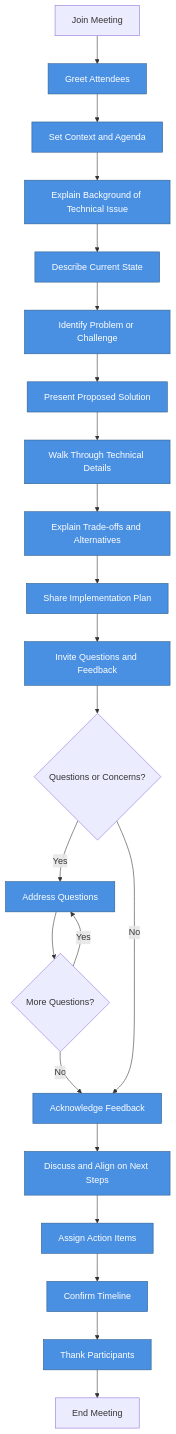
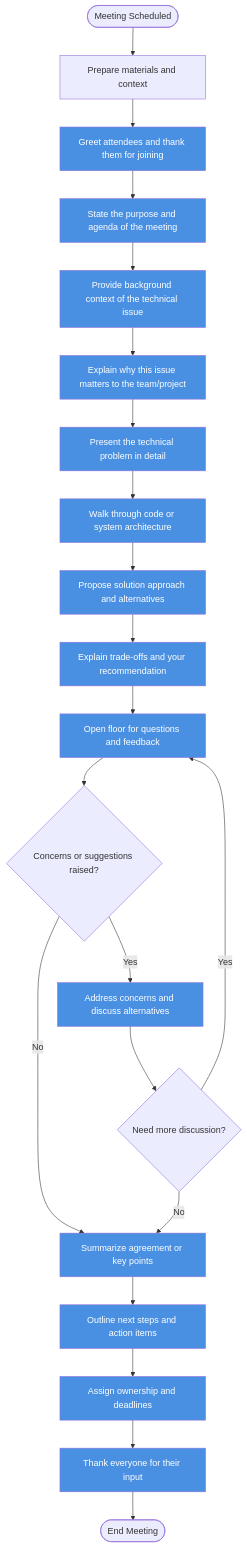
One commit to nordicsushi/Efficient-communication-at-workplace changed the fourth of 4 diagrams in examples/task-stage-1-output.md. Above: the diagram before and after it, drawn with Mermaid. The commit also changed other lines of this file and 3 other files, not shown here.

````diff
--- a/examples/task-stage-1-output.md
+++ b/examples/task-stage-1-output.md
@@ -132,41 +105,38 @@
 ```mermaid
 graph TD
-    A[Join Meeting] --> B[Greet Attendees]
-    B --> C[Set Context and Agenda]
-    C --> D[Explain Background of Technical Issue]
-    D --> E[Describe Current State]
-    E --> F[Identify Problem or Challenge]
-    F --> G[Present Proposed Solution]
-    G --> H[Walk Through Technical Details]
-    H --> I[Explain Trade-offs and Alternatives]
-    I --> J[Share Implementation Plan]
-    J --> K[Invite Questions and Feedback]
-    K --> L{Questions or Concerns?}
-    L -->|Yes| M[Address Questions]
-    M --> N{More Questions?}
-    N -->|Yes| M
-    N -->|No| O[Acknowledge Feedback]
-    L -->|No| O
-    O --> P[Discuss and Align on Next Steps]
-    P --> Q[Assign Action Items]
-    Q --> R[Confirm Timeline]
-    R --> S[Thank Participants]
-    S --> T[End Meeting]
-    
-    style B fill:#4A90E2,stroke:#2E5C8A,color:#fff
-    style C fill:#4A90E2,stroke:#2E5C8A,color:#fff
-    style D fill:#4A90E2,stroke:#2E5C8A,color:#fff
-    style E fill:#4A90E2,stroke:#2E5C8A,color:#fff
-    style F fill:#4A90E2,stroke:#2E5C8A,color:#fff
-    style G fill:#4A90E2,stroke:#2E5C8A,color:#fff
-    style H fill:#4A90E2,stroke:#2E5C8A,color:#fff
-    style I fill:#4A90E2,stroke:#2E5C8A,color:#fff
-    style J fill:#4A90E2,stroke:#2E5C8A,color:#fff
-    style K fill:#4A90E2,stroke:#2E5C8A,color:#fff
-    style M fill:#4A90E2,stroke:#2E5C8A,color:#fff
-    style O fill:#4A90E2,stroke:#2E5C8A,color:#fff
-    style P fill:#4A90E2,stroke:#2E5C8A,color:#fff
-    style Q fill:#4A90E2,stroke:#2E5C8A,color:#fff
-    style R fill:#4A90E2,stroke:#2E5C8A,color:#fff
-    style S fill:#4A90E2,stroke:#2E5C8A,color:#fff
+    Start([Meeting Scheduled]) --> A1[Prepare materials and context]
+    A1 --> B1[Greet attendees and thank them for joining]
+    B1 --> B2[State the purpose and agenda of the meeting]
+    B2 --> B3[Provide background context of the technical issue]
+    B3 --> B4[Explain why this issue matters to the team/project]
+    B4 --> C1[Present the technical problem in detail]
+    C1 --> C2[Walk through code or system architecture]
+    C2 --> C3[Propose solution approach and alternatives]
+    C3 --> C4[Explain trade-offs and your recommendation]
+    C4 --> D1[Open floor for questions and feedback]
+    D1 --> D2{Concerns or suggestions raised?}
+    D2 -->|Yes| D3[Address concerns and discuss alternatives]
+    D2 -->|No| E1[Summarize agreement or key points]
+    D3 --> D4{Need more discussion?}
+    D4 -->|Yes| D1
+    D4 -->|No| E1
+    E1 --> E2[Outline next steps and action items]
+    E2 --> E3[Assign ownership and deadlines]
+    E3 --> E4[Thank everyone for their input]
+    E4 --> End([End Meeting])
+
+    style B1 fill:#4A90E2,color:#fff
+    style B2 fill:#4A90E2,color:#fff
+    style B3 fill:#4A90E2,color:#fff
+    style B4 fill:#4A90E2,color:#fff
+    style C1 fill:#4A90E2,color:#fff
+    style C2 fill:#4A90E2,color:#fff
+    style C3 fill:#4A90E2,color:#fff
+    style C4 fill:#4A90E2,color:#fff
+    style D1 fill:#4A90E2,color:#fff
+    style D3 fill:#4A90E2,color:#fff
+    style E1 fill:#4A90E2,color:#fff
+    style E2 fill:#4A90E2,color:#fff
+    style E3 fill:#4A90E2,color:#fff
+    style E4 fill:#4A90E2,color:#fff
 ```
````
